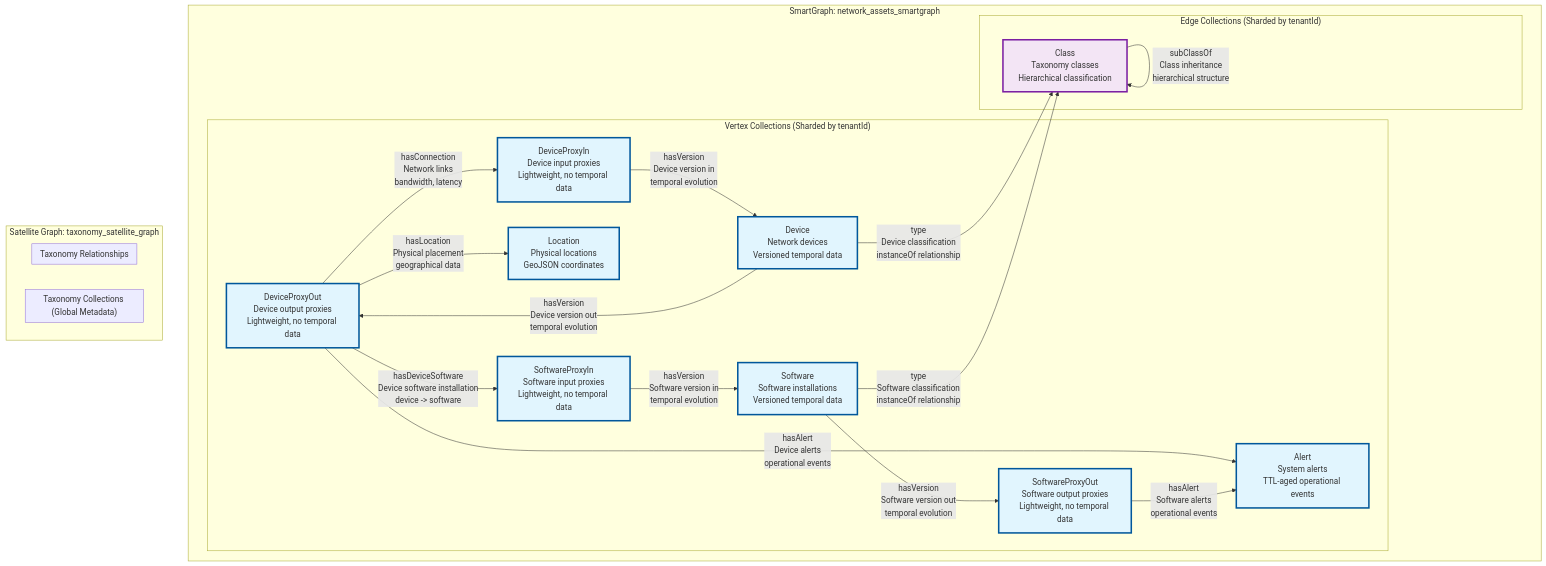
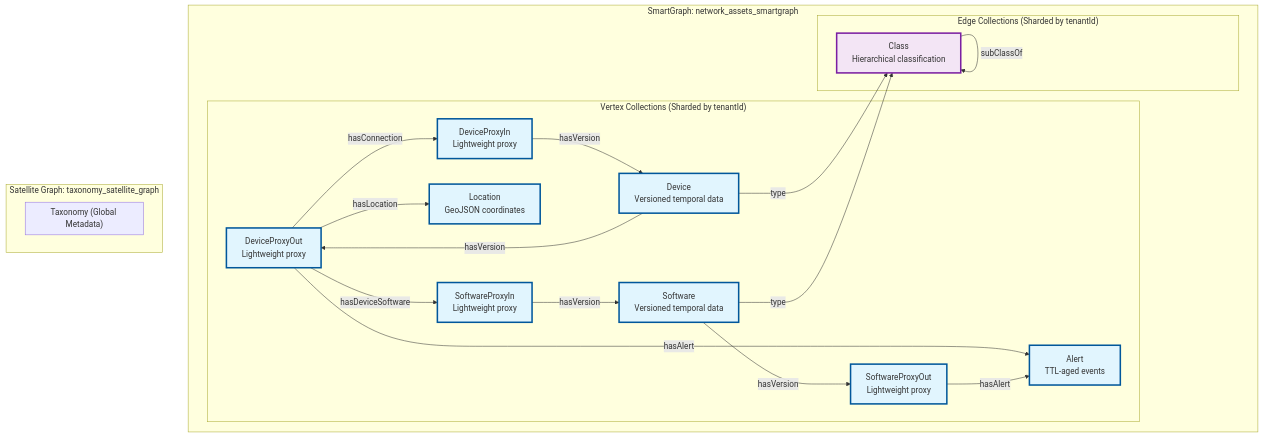
Before and after one commit to ArthurKeen/scalable-multi-tenant-temporal-graph-reference-implementation: the diagram in README.md, drawn with Mermaid. The commit also changed other lines of this file and 8 other files, not shown here.

````diff
--- a/README.md
+++ b/README.md
@@ -360,60 +65,41 @@
 ```mermaid
 graph TB
-    %% SmartGraph Collections (Tenant-Isolated)
     subgraph "SmartGraph: network_assets_smartgraph"
         subgraph "Vertex Collections (Sharded by tenantId)"
-            D[Device<br/>Network devices<br/>Versioned temporal data]
-            DPI[DeviceProxyIn<br/>Device input proxies<br/>Lightweight, no temporal data]
-            DPO[DeviceProxyOut<br/>Device output proxies<br/>Lightweight, no temporal data]
-            S[Software<br/>Software installations<br/>Versioned temporal data]
-            SPI[SoftwareProxyIn<br/>Software input proxies<br/>Lightweight, no temporal data]
-            SPO[SoftwareProxyOut<br/>Software output proxies<br/>Lightweight, no temporal data]
-            L[Location<br/>Physical locations<br/>GeoJSON coordinates]
-            A[Alert<br/>System alerts<br/>TTL-aged operational events]
+            D[Device<br/>Versioned temporal data]
+            DPI[DeviceProxyIn<br/>Lightweight proxy]
+            DPO[DeviceProxyOut<br/>Lightweight proxy]
+            S[Software<br/>Versioned temporal data]
+            SPI[SoftwareProxyIn<br/>Lightweight proxy]
+            SPO[SoftwareProxyOut<br/>Lightweight proxy]
+            L[Location<br/>GeoJSON coordinates]
+            A[Alert<br/>TTL-aged events]
         end
-        
+
         subgraph "Edge Collections (Sharded by tenantId)"
-            %% Network connections between devices
-            DPO -->|hasConnection<br/>Network links<br/>bandwidth, latency| DPI
-            
-            %% Device location relationships
-            DPO -->|hasLocation<br/>Physical placement<br/>geographical data| L
-            
-            %% Device-Software relationships
-            DPO -->|hasDeviceSoftware<br/>Device software installation<br/>device -> software| SPI
-            
-            %% Unified Time Travel (Device & Software)
-            DPI -->|hasVersion<br/>Device version in<br/>temporal evolution| D
-            D -->|hasVersion<br/>Device version out<br/>temporal evolution| DPO
-            SPI -->|hasVersion<br/>Software version in<br/>temporal evolution| S
-            S -->|hasVersion<br/>Software version out<br/>temporal evolution| SPO
-            
-            %% Alert System (operational monitoring)
-            DPO -->|hasAlert<br/>Device alerts<br/>operational events| A
-            SPO -->|hasAlert<br/>Software alerts<br/>operational events| A
-            
-            %% Cross-Graph Classification (SmartGraph -> Satellite)
-            D -->|type<br/>Device classification<br/>instanceOf relationship| C
-            S -->|type<br/>Software classification<br/>instanceOf relationship| C
+            DPO -->|hasConnection| DPI
+            DPO -->|hasLocation| L
+            DPO -->|hasDeviceSoftware| SPI
+            DPI -->|hasVersion| D
+            D -->|hasVersion| DPO
+            SPI -->|hasVersion| S
+            S -->|hasVersion| SPO
+            DPO -->|hasAlert| A
+            SPO -->|hasAlert| A
+            D -->|type| C
+            S -->|type| C
         end
     end
-    
-    %% Satellite Collections (Replicated Across All Nodes)
+
     subgraph "Satellite Graph: taxonomy_satellite_graph"
-        subgraph "Taxonomy Collections (Global Metadata)"
-            C[Class<br/>Taxonomy classes<br/>Hierarchical classification]
+        subgraph "Taxonomy (Global Metadata)"
+            C[Class<br/>Hierarchical classification]
         end
-        
-        subgraph "Taxonomy Relationships"
-            C -->|subClassOf<br/>Class inheritance<br/>hierarchical structure| C
-        end
+        C -->|subClassOf| C
     end
-    
-    %% Styling
+
     classDef smartGraph fill:#e1f5fe,stroke:#01579b,stroke-width:3px
     classDef satellite fill:#f3e5f5,stroke:#7b1fa2,stroke-width:3px
-    classDef crossGraph fill:#fff3e0,stroke:#e65100,stroke-width:2px
-    
     class D,DPI,DPO,S,SPI,SPO,L,A smartGraph
     class C satellite
 ```
````
